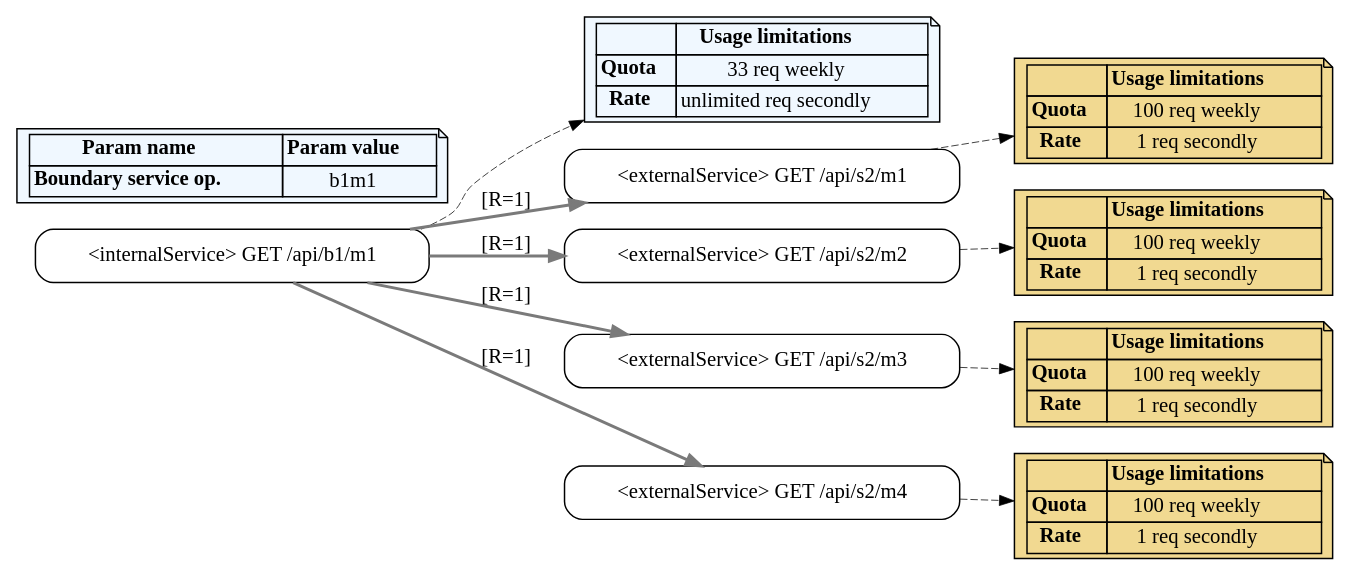
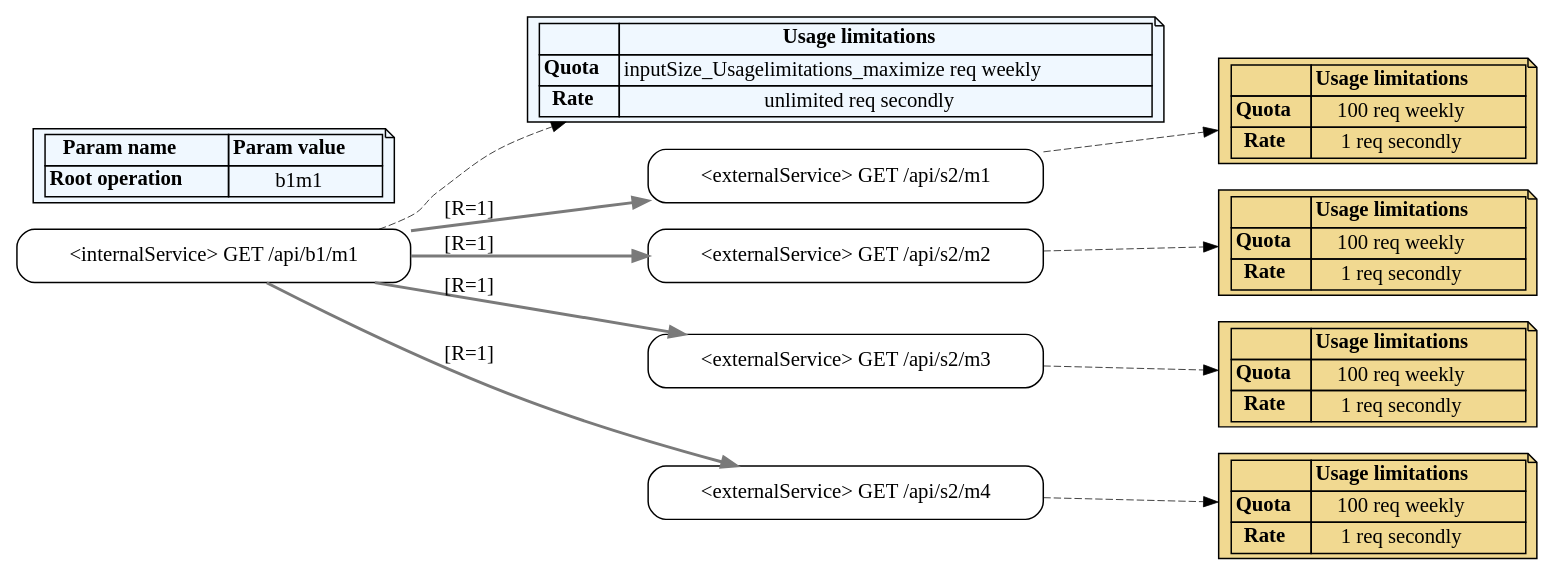
Before and after one commit to isa-group/governify-electra: the diagram in src/backend/output/mapping-custom/mapping-custom.dot, drawn with Graphviz. The commit also changed 13 other files, not shown here.

```diff
--- a/src/backend/output/mapping-custom/mapping-custom.dot
+++ b/src/backend/output/mapping-custom/mapping-custom.dot
@@ -1,121 +1,121 @@
 digraph restalk { 
 
  rankdir=LR;
 
 
 
 subgraph "internalService" {
 node [shape=box]
 node [ style=rounded, shape=box, label = "<internalService> GET /api/b1/m1" ] "b1m1"
 limits_b1m1 [shape=note, style=filled, fillcolor="#F0F8FF" label=<
 <table border="0" cellborder="1" cellpadding="2" cellspacing="0">
 <tr>
 <td></td>
 <td><b>Usage limitations</b></td>
 </tr>
 <tr>
 <td><b>Quota</b></td>
-<td>33 req weekly</td>
+<td>inputSize_Usagelimitations_maximize req weekly</td>
 </tr>
 <tr>
 <td><b>Rate</b></td>
 <td>unlimited req secondly</td>
 </tr>
 </table>
 >];
 b1m1 -> limits_b1m1[ style=dashed, color=black, penwidth=0.5 ];
 }
 
 
 
 subgraph "externalService" {
 node [shape=box]
 node [ style=rounded, shape=box, label = "<externalService> GET /api/s2/m1" ] "s2m1"
 limits_s2m1 [shape=note, style=filled, fillcolor="#F1D991" label=<
 <table border="0" cellborder="1" cellpadding="2" cellspacing="0">
 <tr>
 <td></td>
 <td><b>Usage limitations</b></td>
 </tr>
 <tr>
 <td><b>Quota</b></td>
 <td>100 req weekly</td>
 </tr>
 <tr>
 <td><b>Rate</b></td>
 <td>1 req secondly</td>
 </tr>
 </table>
 >];
 s2m1 -> limits_s2m1[ style=dashed, color=black, penwidth=0.5 ];
 node [ style=rounded, shape=box, label = "<externalService> GET /api/s2/m2" ] "s2m2"
 limits_s2m2 [shape=note, style=filled, fillcolor="#F1D991" label=<
 <table border="0" cellborder="1" cellpadding="2" cellspacing="0">
 <tr>
 <td></td>
 <td><b>Usage limitations</b></td>
 </tr>
 <tr>
 <td><b>Quota</b></td>
 <td>100 req weekly</td>
 </tr>
 <tr>
 <td><b>Rate</b></td>
 <td>1 req secondly</td>
 </tr>
 </table>
 >];
 s2m2 -> limits_s2m2[ style=dashed, color=black, penwidth=0.5 ];
 node [ style=rounded, shape=box, label = "<externalService> GET /api/s2/m3" ] "s2m3"
 limits_s2m3 [shape=note, style=filled, fillcolor="#F1D991" label=<
 <table border="0" cellborder="1" cellpadding="2" cellspacing="0">
 <tr>
 <td></td>
 <td><b>Usage limitations</b></td>
 </tr>
 <tr>
 <td><b>Quota</b></td>
 <td>100 req weekly</td>
 </tr>
 <tr>
 <td><b>Rate</b></td>
 <td>1 req secondly</td>
 </tr>
 </table>
 >];
 s2m3 -> limits_s2m3[ style=dashed, color=black, penwidth=0.5 ];
 node [ style=rounded, shape=box, label = "<externalService> GET /api/s2/m4" ] "s2m4"
 limits_s2m4 [shape=note, style=filled, fillcolor="#F1D991" label=<
 <table border="0" cellborder="1" cellpadding="2" cellspacing="0">
 <tr>
 <td></td>
 <td><b>Usage limitations</b></td>
 </tr>
 <tr>
 <td><b>Quota</b></td>
 <td>100 req weekly</td>
 </tr>
 <tr>
 <td><b>Rate</b></td>
 <td>1 req secondly</td>
 </tr>
 </table>
 >];
 s2m4 -> limits_s2m4[ style=dashed, color=black, penwidth=0.5 ];
 }
 
 params [shape=note, style=filled, fillcolor="#F0F8FF" label=<
 <table border="0" cellborder="1" cellpadding="2" cellspacing="0">
 <tr>
 <td><b>Param name</b></td><td><b>Param value</b></td>
 </tr>
-<tr><td><b>Boundary service op.</b></td><td>b1m1</td></tr>
+<tr><td><b>Root operation</b></td><td>b1m1</td></tr>
 </table>
 >];
 b1m1 -> s2m1 [ color="#7a7a7a", penwidth=2.0, label="[R=1]" ];
 b1m1 -> s2m2 [ color="#7a7a7a", penwidth=2.0, label="[R=1]" ];
 b1m1 -> s2m3 [ color="#7a7a7a", penwidth=2.0, label="[R=1]" ];
 b1m1 -> s2m4 [ color="#7a7a7a", penwidth=2.0, label="[R=1]" ];
 
 
 }
```
